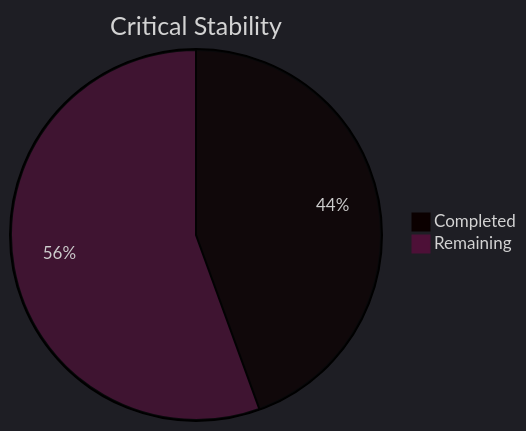
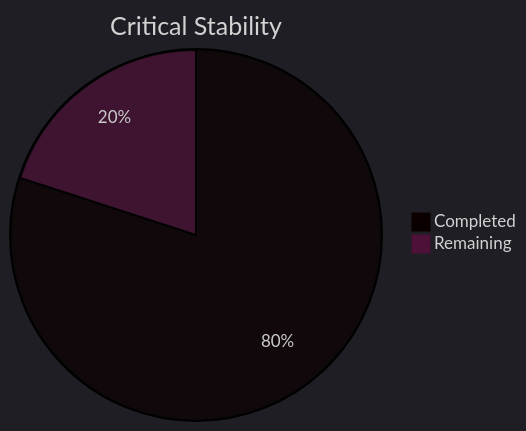
Before and after one commit to Neogleamz/SK8Lytz: the second of 6 diagrams in tools/SK8Lytz_Bucket_List.md, drawn with Mermaid. The commit also changed other lines of this file, not shown here.

Commit message:
fix(docs): synchronize pie charts with actual task distribution and historical offset

````diff
--- a/tools/SK8Lytz_Bucket_List.md
+++ b/tools/SK8Lytz_Bucket_List.md
@@ -22,6 +22,6 @@
 ```mermaid
 %%{init: {'theme': 'dark'}}%%
 pie title Critical Stability
   "Completed" : 4
-  "Remaining" : 5
+  "Remaining" : 1
 ```
````
